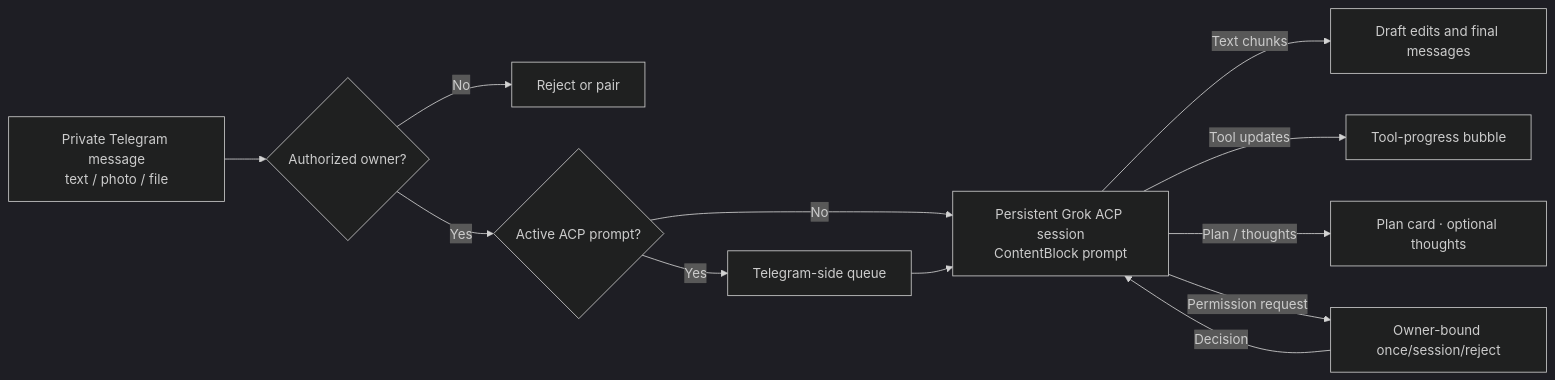
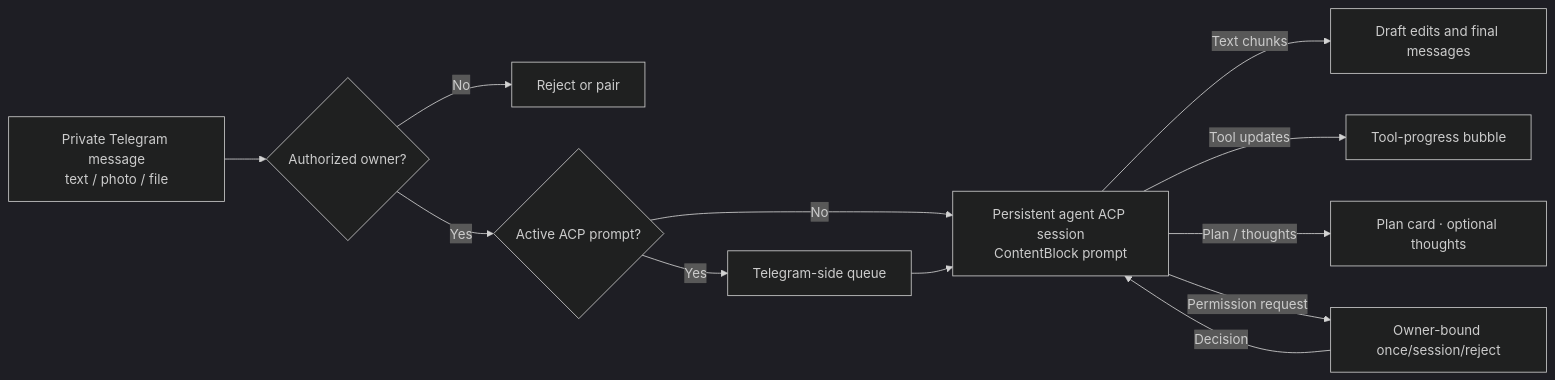
One commit to DanWahlin/agent-telegram-bridge changed the diagram in README.md. Above: the diagram before and after it, drawn with Mermaid (dark theme). The commit also changed other lines of this file and 24 other files, not shown here.

````diff
--- a/README.md
+++ b/README.md
@@ -114,14 +122,14 @@
 ```mermaid
 flowchart LR
     telegram["Private Telegram message<br/>text / photo / file"] --> gate{"Authorized owner?"}
     gate -- No --> rejected["Reject or pair"]
     gate -- Yes --> busy{"Active ACP prompt?"}
     busy -- Yes --> queue["Telegram-side queue"]
-    busy -- No --> acp["Persistent Grok ACP session<br/>ContentBlock prompt"]
+    busy -- No --> acp["Persistent agent ACP session<br/>ContentBlock prompt"]
     queue --> acp
     acp -- Text chunks --> response["Draft edits and final messages"]
     acp -- Tool updates --> bubble["Tool-progress bubble"]
     acp -- Plan / thoughts --> cards["Plan card · optional thoughts"]
     acp -- Permission request --> permission["Owner-bound once/session/reject"]
     permission -- Decision --> acp
 ```
````
